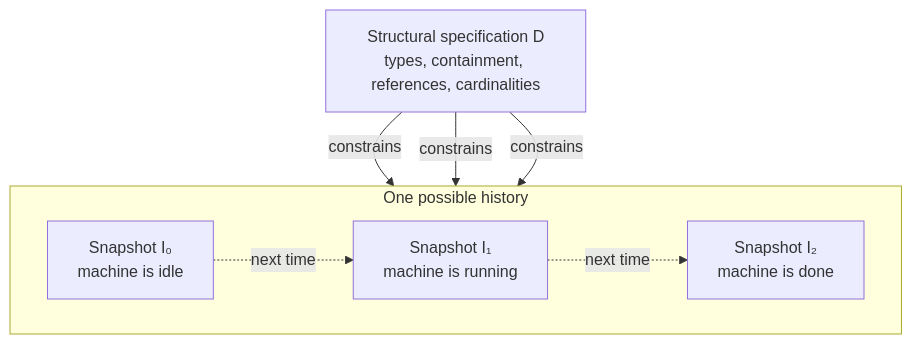
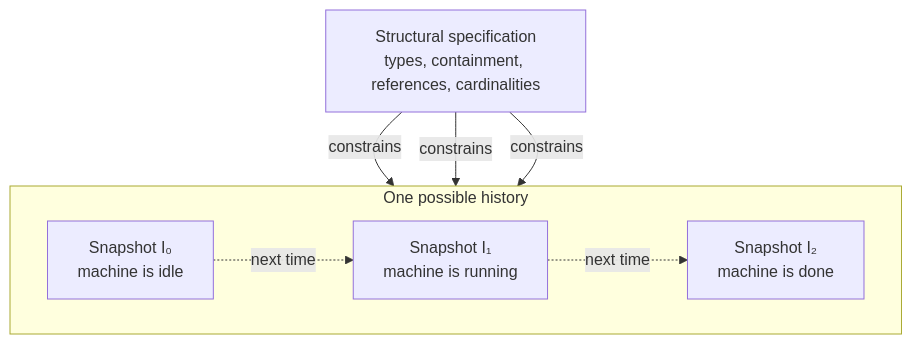
The first of 4 diagrams in docs/structure-and-behavior.md (kbak/clafer-semantics), drawn with Mermaid before and after one commit. The commit also changed other lines of this file, not shown here.

````diff
--- a/docs/structure-and-behavior.md
+++ b/docs/structure-and-behavior.md
@@ -30,15 +30,15 @@
 ```mermaid
 flowchart TB
-    D["Structural specification D<br/>types, containment, references, cardinalities"]
+    D["Structural specification<br/>types, containment, references, cardinalities"]
     subgraph T["One possible history"]
         direction LR
         I0["Snapshot I₀<br/>machine is idle"]
         I1["Snapshot I₁<br/>machine is running"]
         I2["Snapshot I₂<br/>machine is done"]
         I0 -. "next time" .-> I1
         I1 -. "next time" .-> I2
     end
     D -->|"constrains"| I0
     D -->|"constrains"| I1
     D -->|"constrains"| I2
 ```
````
